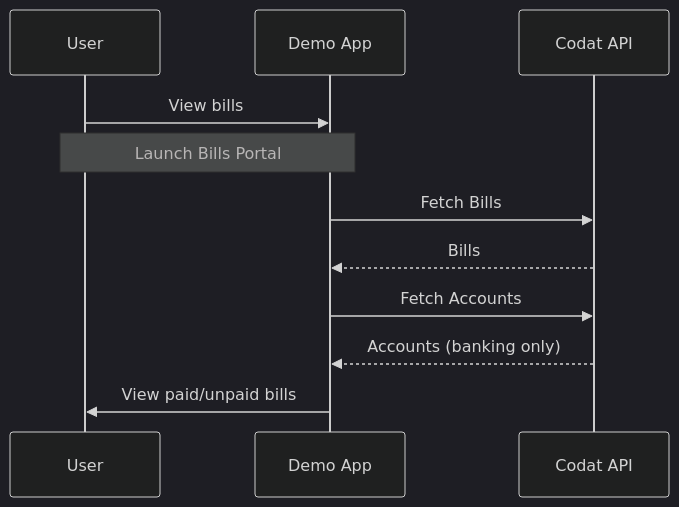
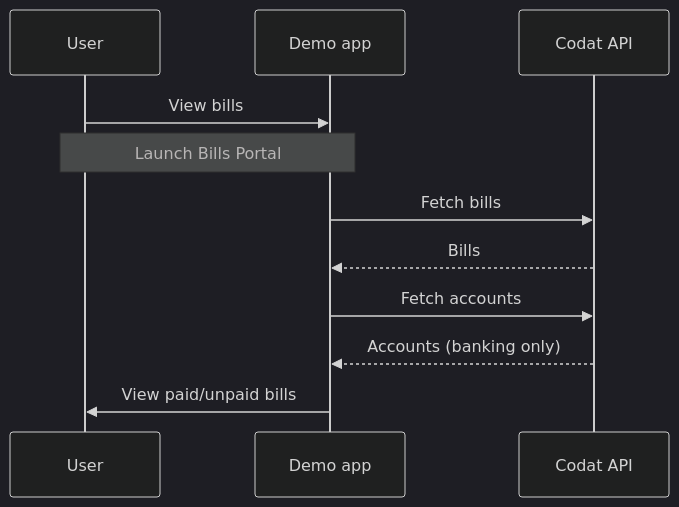
The first of 2 diagrams in docs/payables/guides/bill-pay/how-the-demo-app-works.md (codatio/codat-docs), drawn with Mermaid (dark theme) before and after one commit. The commit also changed other lines of this file and 13 other files, not shown here.

````diff
--- a/docs/payables/guides/bill-pay/how-the-demo-app-works.md
+++ b/docs/payables/guides/bill-pay/how-the-demo-app-works.md
@@ -26,15 +29,15 @@
 ```mermaid
 sequenceDiagram
     participant user as User
-    participant backend as Demo App 
+    participant backend as Demo app 
     participant codat as Codat API
     
     user ->> backend: View bills
     Note over user,backend: Launch Bills Portal
-    backend ->> codat: Fetch Bills
+    backend ->> codat: Fetch bills
     codat -->> backend: Bills
-    backend ->> codat: Fetch Accounts
+    backend ->> codat: Fetch accounts
     codat -->> backend: Accounts (banking only)
     backend ->> user: View paid/unpaid bills
     
 ```
````
